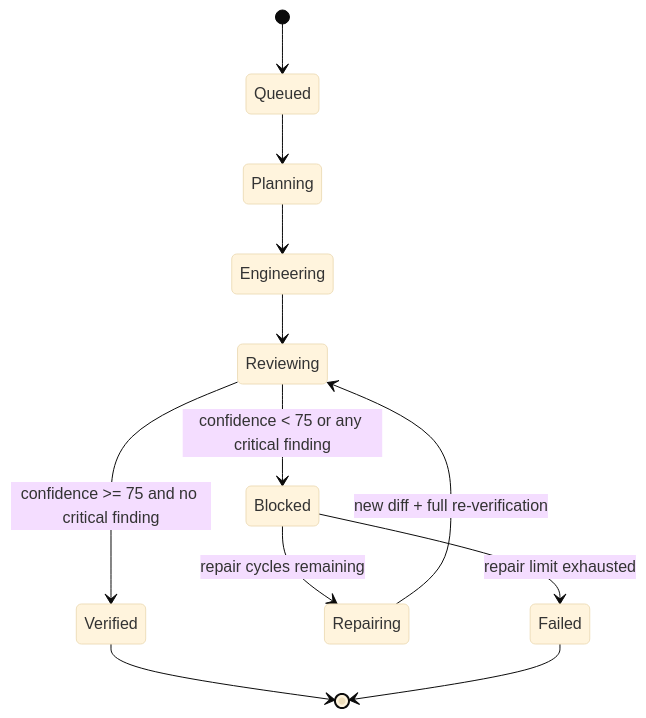
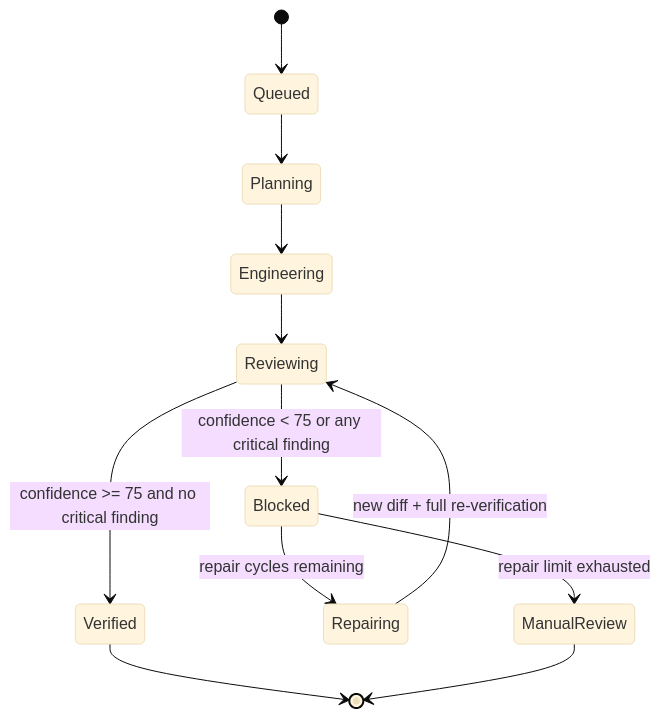
The second of 4 diagrams in README.md (9059Rohith/Forge-ops), drawn with Mermaid (base theme) before and after one commit. The commit also changed other lines of this file and 65 other files, not shown here.

````diff
--- a/README.md
+++ b/README.md
@@ -100,14 +119,14 @@
 ```mermaid
 stateDiagram-v2
     [*] --> Queued
     Queued --> Planning
     Planning --> Engineering
     Engineering --> Reviewing
     Reviewing --> Verified: confidence >= 75 and no critical finding
     Reviewing --> Blocked: confidence < 75 or any critical finding
     Blocked --> Repairing: repair cycles remaining
     Repairing --> Reviewing: new diff + full re-verification
-    Blocked --> Failed: repair limit exhausted
+    Blocked --> ManualReview: repair limit exhausted
     Verified --> [*]
-    Failed --> [*]
+    ManualReview --> [*]
 ```
````
